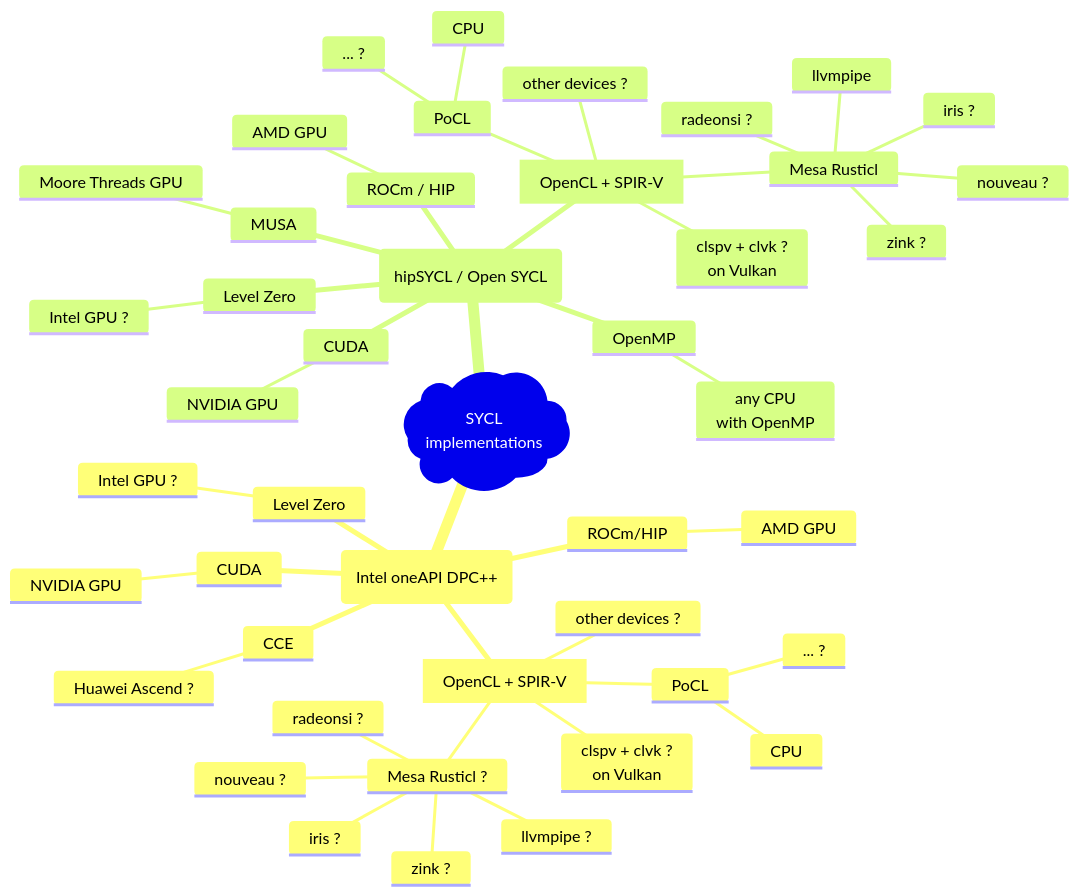
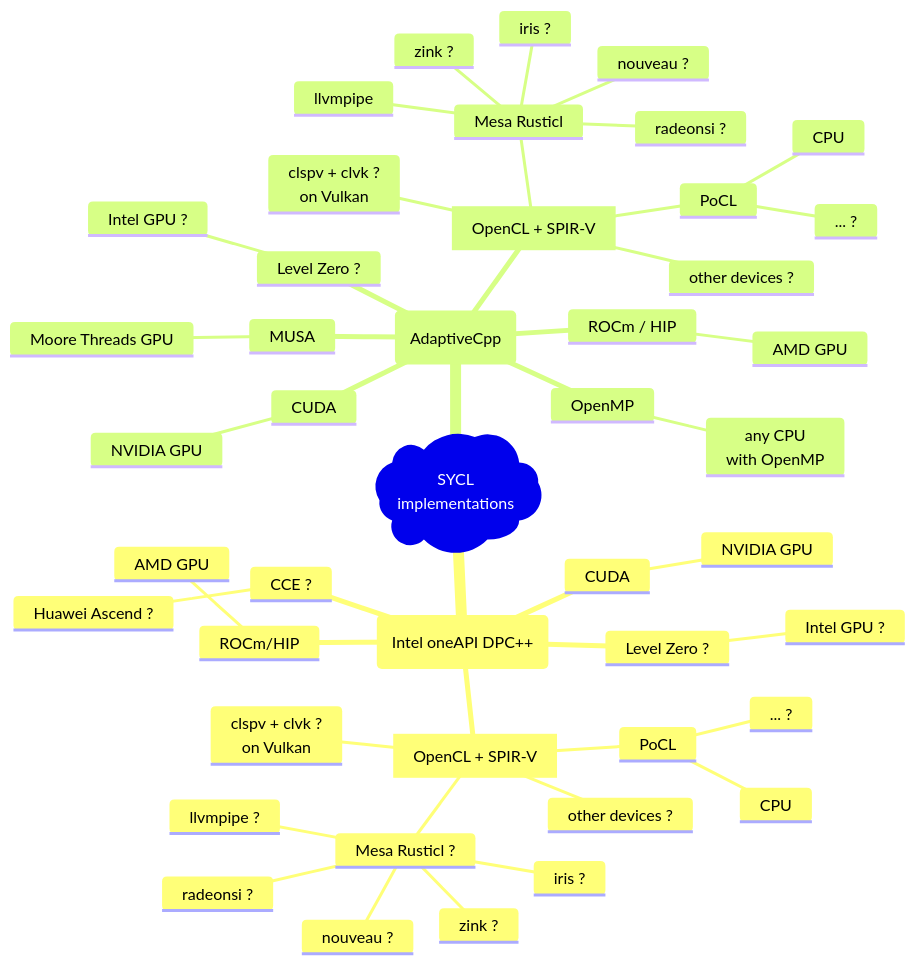
The second of 2 diagrams in README.md (fxzjshm/simple-radio-telescope-backend), drawn with Mermaid before and after one commit.

Commit message:
[userspace] doc: update README.md
* SYCL implementation name change: hipSYCL -> Open SYCL -> AdaptiveCpp
* add "?" mark to untested platform

````diff
--- a/README.md
+++ b/README.md
@@ -71,48 +71,48 @@
 ```mermaid
 mindmap
   root )SYCL <br/> implementations(
     (Intel oneAPI DPC++)
       ROCm/HIP
         AMD GPU
       CUDA
         NVIDIA GPU
-      Level Zero
+      Level Zero ?
         Intel GPU ?
       OpenCL_SPIRV [OpenCL + SPIR-V]
         PoCL
           CPU
           ... ?
         Mesa Rusticl ?
           llvmpipe ?
           nouveau ?
           radeonsi ?
           iris ?
           zink ?
         clspv + clvk ? <br/> on Vulkan
         other devices ?
-      CCE
+      CCE ?
         Huawei Ascend ?
-    (hipSYCL / Open SYCL)
+    (AdaptiveCpp)
       ROCm / HIP
         AMD GPU
       MUSA
         Moore Threads GPU
       CUDA
         NVIDIA GPU
-      Level Zero
+      Level Zero ?
         Intel GPU ?
       OpenCL_SPIRV [OpenCL + SPIR-V]
         PoCL
           CPU
           ... ?
         Mesa Rusticl
           llvmpipe
           nouveau ?
           radeonsi ?
           iris ?
           zink ?
         clspv + clvk ? <br/> on Vulkan
         other devices ?
       OpenMP
         any CPU <br/> with OpenMP
 ```
````
